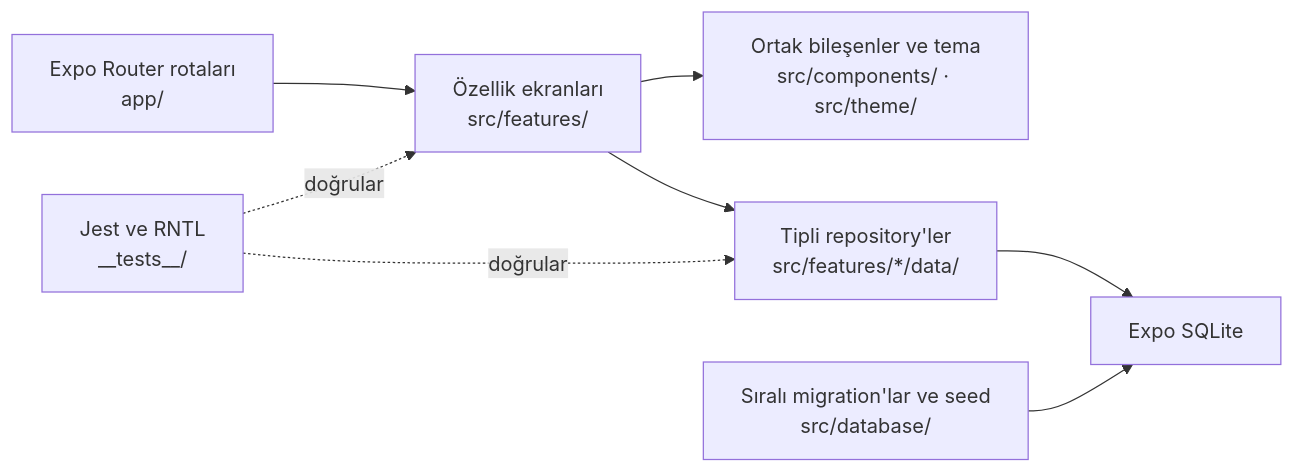
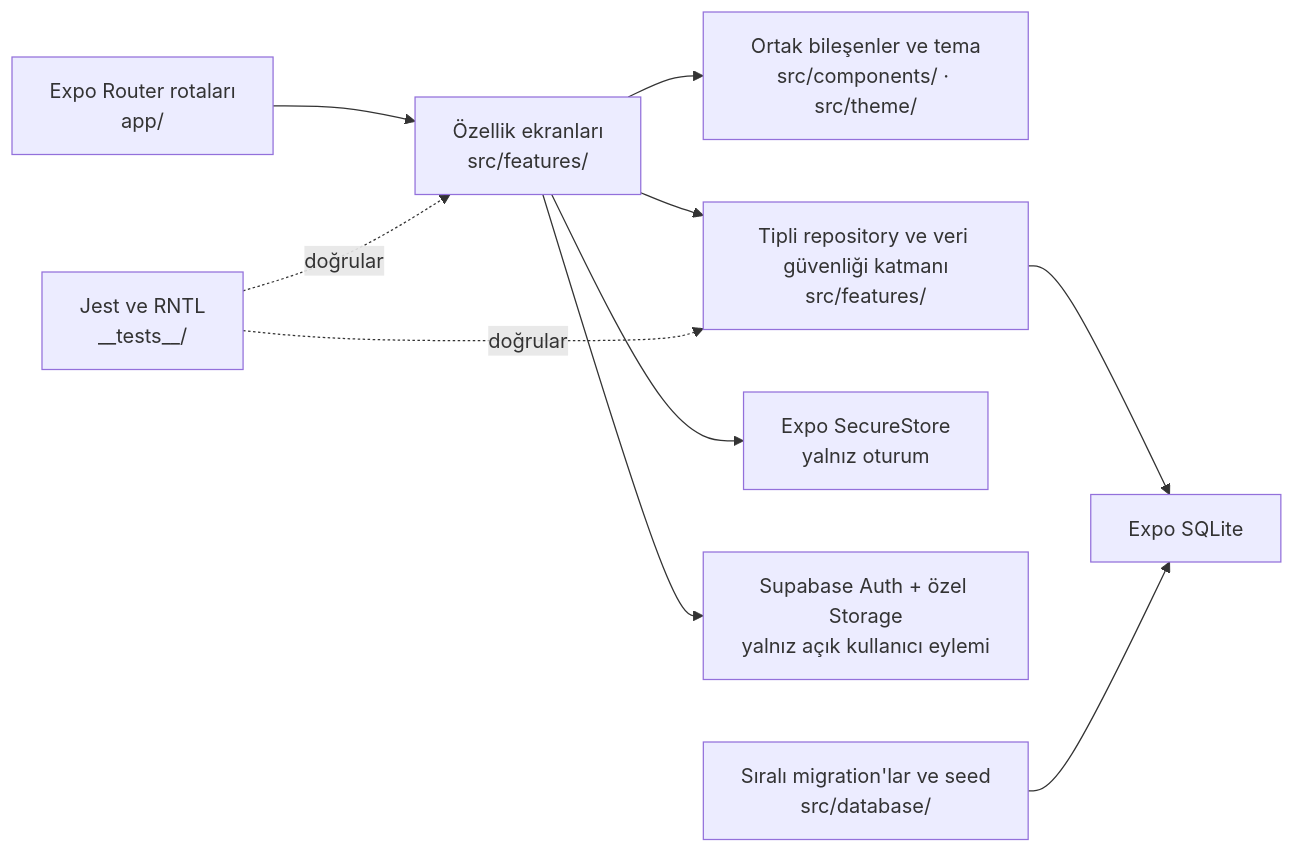
Before and after one commit to ilhanki/TitanLog: the diagram in README.md, drawn with Mermaid. The commit also changed other lines of this file, not shown here.

````diff
--- a/README.md
+++ b/README.md
@@ -127,10 +143,12 @@
 ```mermaid
 flowchart LR
     Routes["Expo Router rotaları<br/>app/"] --> Screens["Özellik ekranları<br/>src/features/"]
     Screens --> Components["Ortak bileşenler ve tema<br/>src/components/ · src/theme/"]
-    Screens --> Repositories["Tipli repository'ler<br/>src/features/*/data/"]
+    Screens --> Repositories["Tipli repository ve veri güvenliği katmanı<br/>src/features/"]
     Repositories --> SQLite["Expo SQLite"]
+    Screens --> SecureStore["Expo SecureStore<br/>yalnız oturum"]
+    Screens --> Supabase["Supabase Auth + özel Storage<br/>yalnız açık kullanıcı eylemi"]
     Migrations["Sıralı migration'lar ve seed<br/>src/database/"] --> SQLite
     Tests["Jest ve RNTL<br/>__tests__/"] -. doğrular .-> Screens
     Tests -. doğrular .-> Repositories
 ```
````
